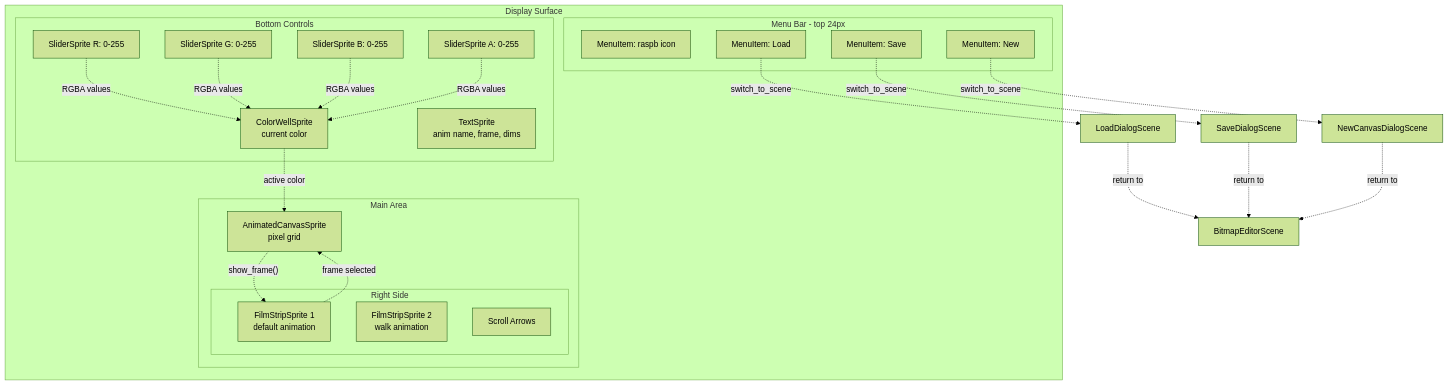
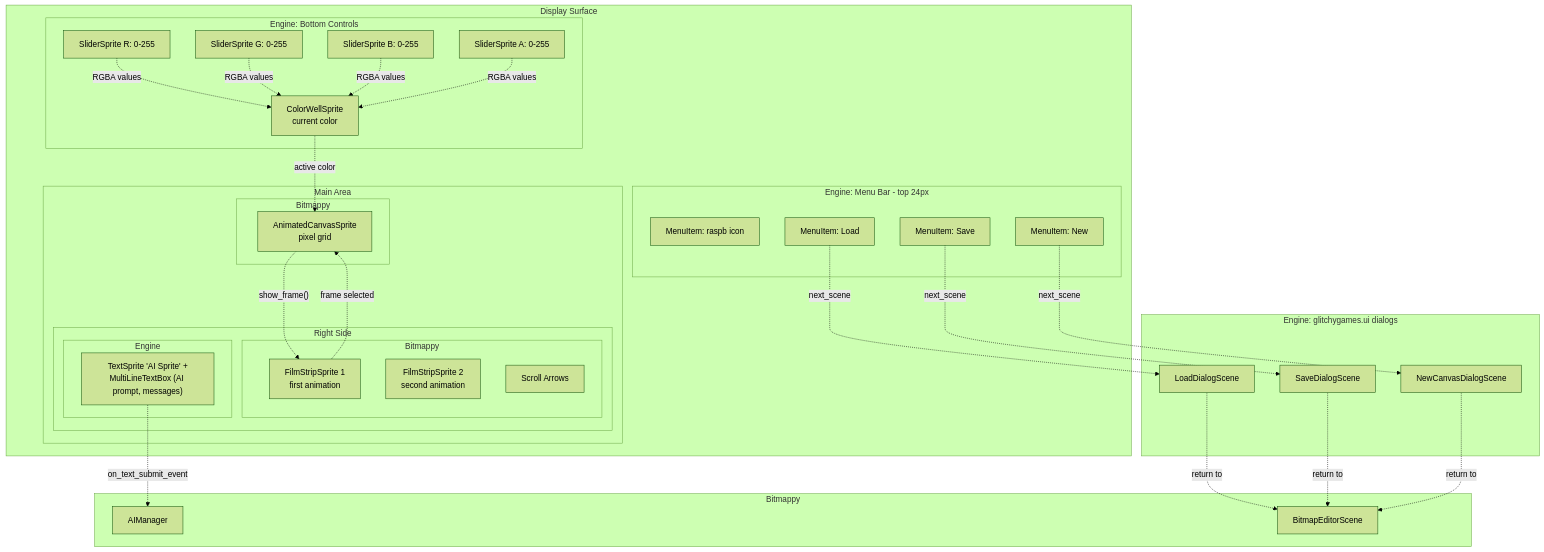
One commit to terrysimons/glitchygames changed the sixth of 10 diagrams in docs/architecture/bitmappy.md. Above: the diagram before and after it, drawn with Mermaid (forest theme). The commit also changed other lines of this file and 571 other files, not shown here.

````diff
--- a/docs/architecture/bitmappy.md
+++ b/docs/architecture/bitmappy.md
@@ -160,42 +279,60 @@
 ```mermaid
 flowchart TB
     subgraph Screen["Display Surface"]
-        subgraph MenuArea["Menu Bar - top 24px"]
+        subgraph MenuArea["Engine: Menu Bar - top 24px"]
             ICON["MenuItem: raspb icon"]
             NEW["MenuItem: New"]
             SAVE_M["MenuItem: Save"]
             LOAD_M["MenuItem: Load"]
         end
 
         subgraph MainArea["Main Area"]
-            CANVAS_S["AnimatedCanvasSprite\npixel grid"]
+            subgraph APP_UI_CANVAS["Bitmappy"]
+                CANVAS_S["AnimatedCanvasSprite\npixel grid"]
+            end
             subgraph RightPanel["Right Side"]
-                FS1["FilmStripSprite 1\ndefault animation"]
-                FS2["FilmStripSprite 2\nwalk animation"]
-                ARROWS["Scroll Arrows"]
+                subgraph APP_UI_FILM_STRIPS["Bitmappy"]
+                    FS1["FilmStripSprite 1\nfirst animation"]
+                    FS2["FilmStripSprite 2\nsecond animation"]
+                    ARROWS["Scroll Arrows"]
+                end
+                subgraph ENGINE_UI_AI_PROMPT["Engine"]
+                    AI["TextSprite 'AI Sprite' +\nMultiLineTextBox (AI prompt, messages)"]
+                end
             end
         end
 
-        subgraph BottomArea["Bottom Controls"]
+        subgraph BottomArea["Engine: Bottom Controls"]
             CW["ColorWellSprite\ncurrent color"]
+            SA["SliderSprite A: 0-255"]
             SR["SliderSprite R: 0-255"]
             SG["SliderSprite G: 0-255"]
             SB["SliderSprite B: 0-255"]
-            SA["SliderSprite A: 0-255"]
-            INFO["TextSprite\nanim name, frame, dims"]
         end
+    end
+
+    subgraph APP_UI_OUTSIDE["Bitmappy"]
+        AIM["AIManager"]
+        BES_RETURN["BitmapEditorScene"]
+    end
+
+    subgraph ENGINE_UI_DIALOGS["Engine: glitchygames.ui dialogs"]
+        LDS["LoadDialogScene"]
+        SDS["SaveDialogScene"]
+        NDS["NewCanvasDialogScene"]
     end
 
     CANVAS_S -.->|"show_frame()"| FS1
     FS1 -.->|"frame selected"| CANVAS_S
     CW -.->|"active color"| CANVAS_S
     SR & SG & SB & SA -.->|"RGBA values"| CW
+    AI -.->|"on_text_submit_event"| AIM
 
-    LOAD_M -.->|"switch_to_scene"| LDS["LoadDialogScene"]
-    SAVE_M -.->|"switch_to_scene"| SDS["SaveDialogScene"]
-    NEW -.->|"switch_to_scene"| NDS["NewCanvasDialogScene"]
+    LOAD_M -.->|"next_scene"| LDS
+    SAVE_M -.->|"next_scene"| SDS
+    NEW -.->|"next_scene"| NDS
 
-    LDS -.->|"return to"| BES_RETURN["BitmapEditorScene"]
+    LDS -.->|"return to"| BES_RETURN
     SDS -.->|"return to"| BES_RETURN
     NDS -.->|"return to"| BES_RETURN
 ```
````
